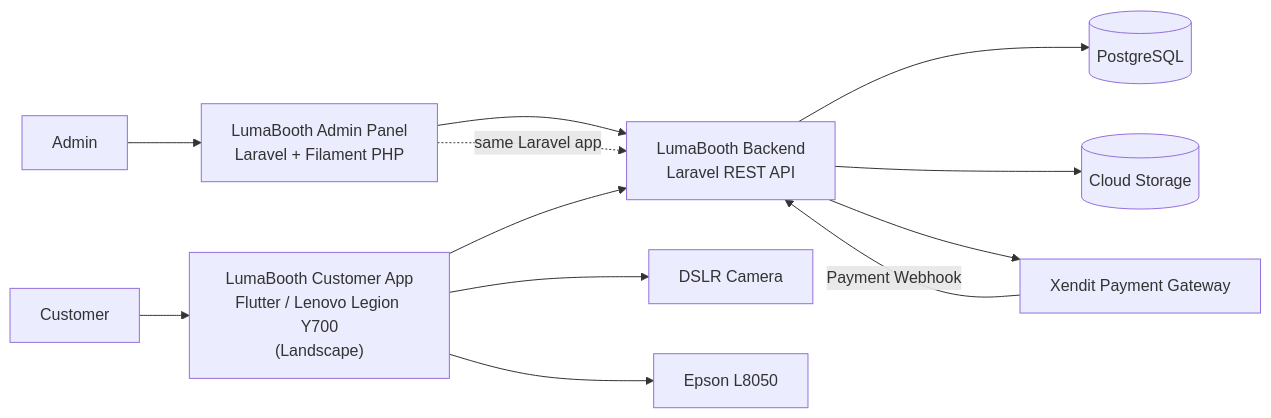
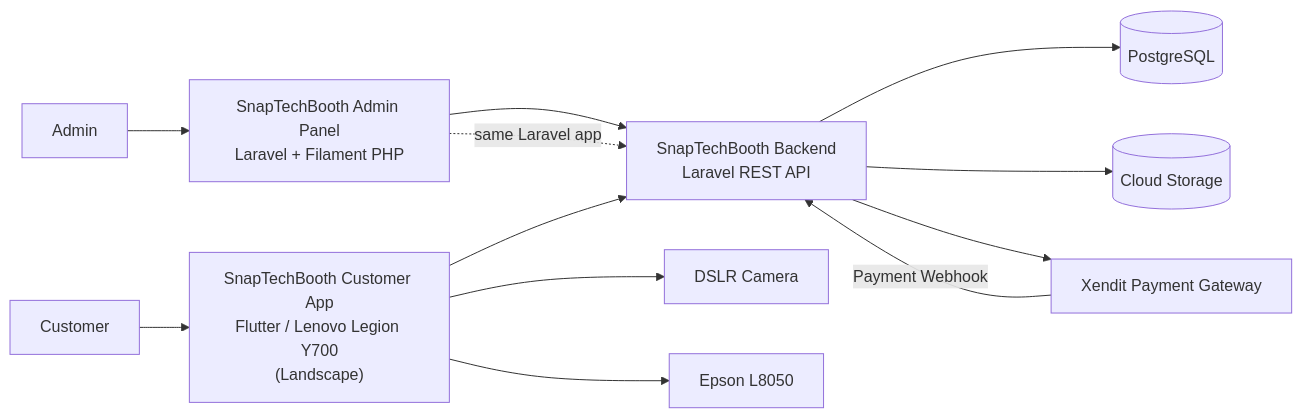
The diagram in docs/architecture/01-system-context-diagram.md (thisiswid/Photobooth), drawn with Mermaid before and after one commit. The commit also changed 7 other files, not shown here.

First line of the commit message:
fix(windows): perbaiki build MSVC + rebrand LumaBooth -> SnapTechBooth

````diff
--- a/docs/architecture/01-system-context-diagram.md
+++ b/docs/architecture/01-system-context-diagram.md
@@ -3,25 +3,25 @@
 ```mermaid
 flowchart LR
     Customer["Customer"]
     Admin["Admin"]
-    App["LumaBooth Customer App\nFlutter / Lenovo Legion Y700\n(Landscape)"]
-    AdminPanel["LumaBooth Admin Panel\nLaravel + Filament PHP"]
-    API["LumaBooth Backend\nLaravel REST API"]
+    App["SnapTechBooth Customer App\nFlutter / Lenovo Legion Y700\n(Landscape)"]
+    AdminPanel["SnapTechBooth Admin Panel\nLaravel + Filament PHP"]
+    API["SnapTechBooth Backend\nLaravel REST API"]
     DB[("PostgreSQL")]
     Storage[("Cloud Storage")]
     Xendit["Xendit Payment Gateway"]
     Camera["DSLR Camera"]
     Printer["Epson L8050"]
 
     Customer --> App
     Admin --> AdminPanel
     App --> API
     AdminPanel --> API
     AdminPanel -.->|"same Laravel app"| API
     API --> DB
     API --> Storage
     API --> Xendit
     App --> Camera
     App --> Printer
     Xendit -->|Payment Webhook| API
 ```
````
